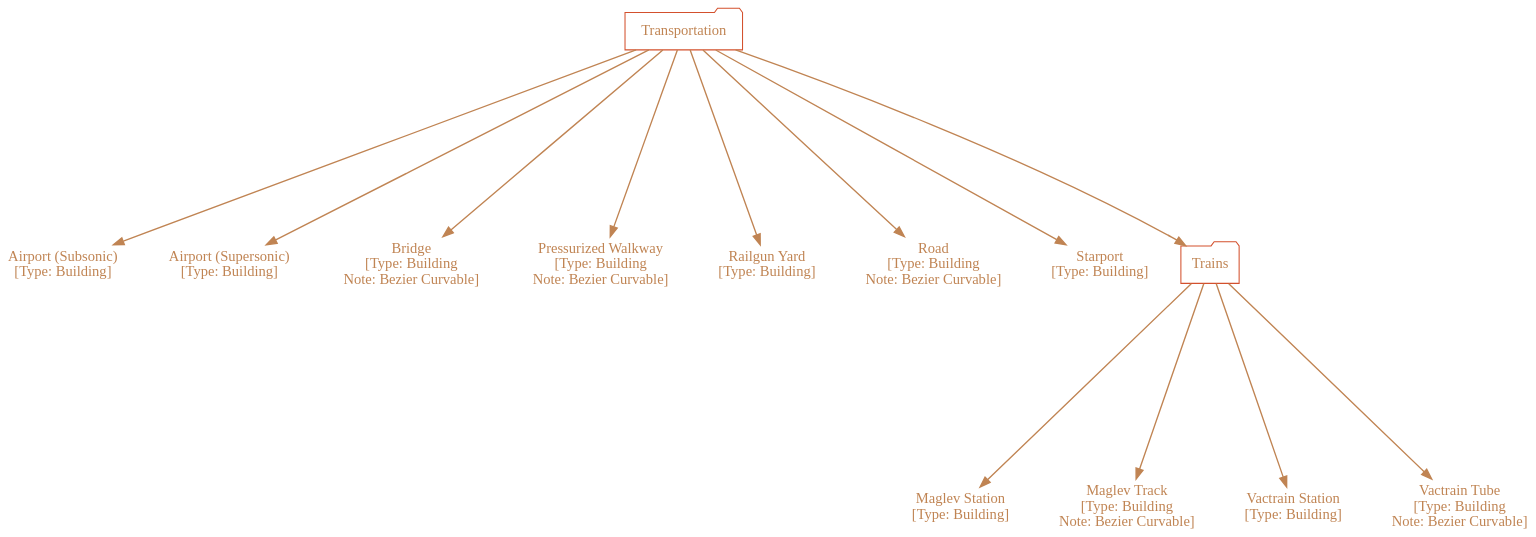
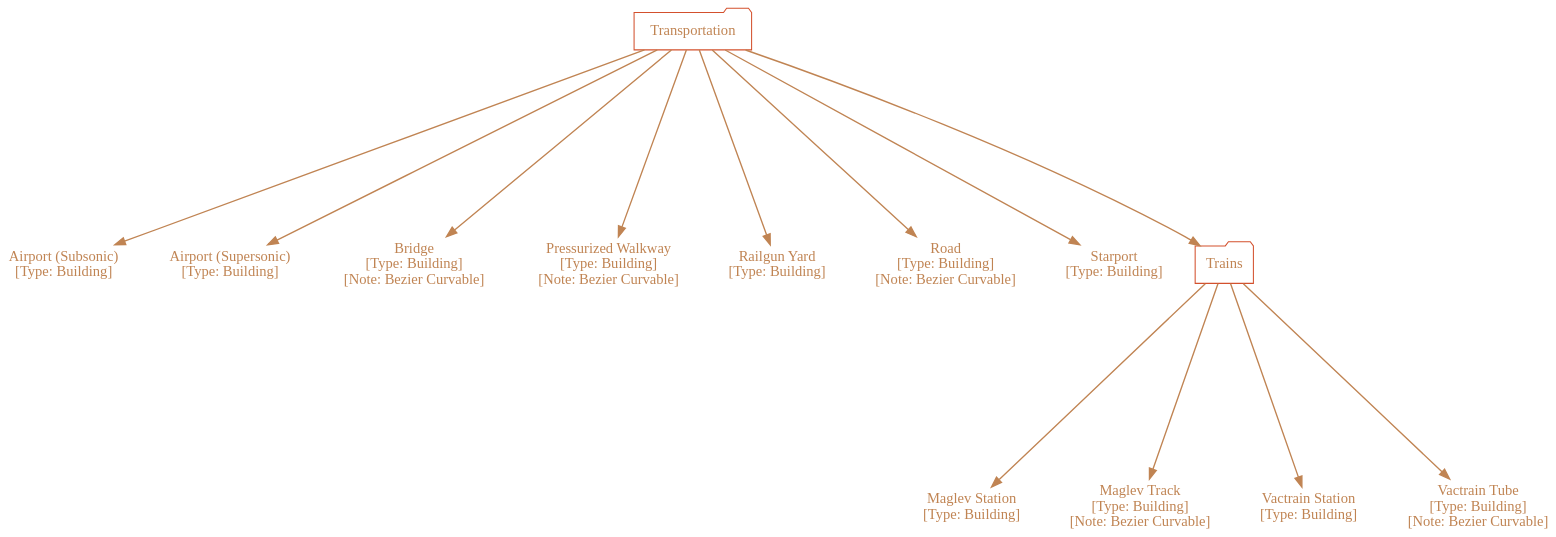
Before and after one commit to cartesiantheatre/handbook: the diagram in Handbook/Game_Mechanics/Graphviz/Units_User_Basic_Transportation.dot.gv, drawn with Graphviz. The commit also changed 16 other files, not shown here.

```diff
--- a/Handbook/Game_Mechanics/Graphviz/Units_User_Basic_Transportation.dot.gv
+++ b/Handbook/Game_Mechanics/Graphviz/Units_User_Basic_Transportation.dot.gv
@@ -1,63 +1,63 @@
 /*
   This is part of the Avaneya Project Crew Handbook.
   Copyright (C) 2010, 2011, 2012
     Cartesian Theatre.
   See the file License for copying conditions.
   
   To manually compile:
       $ sudo aptitude install graphviz
       $ twopi -Tpdf Units_User_Basic_Transportation.twopi.gv -o Units_User_Basic_Transportation.pdf
 */
 
 digraph Units_User_Basic_Transportation
 {
     // Graph attributes...
 	bgcolor="transparent";
 	margin="0";
 	ratio="auto";
     ranksep="2.5";
     pad="0.5,0.5";
     compound="true";
     overlap="vpsc";
     root="Transportation";
 
 	// Node attributes...
 	node[color="#d3502dff"];
 	node[fillcolor="gray10"];
     node[fontcolor="#c08453ff"];
     node[fontname="Ubuntu"];
     node[shape="none"]
 	
 	// Edge attributes...
 	edge[color="#c08453ff"];
 	edge[penwidth="1.3"];
 
     // Units...
     "Airport (Subsonic)"[label="Airport (Subsonic)\n[Type: Building]"];
     "Airport (Supersonic)"[label="Airport (Supersonic)\n[Type: Building]"];
-    "Bridge"[label="Bridge\n[Type: Building\nNote: Bezier Curvable]"];
+    "Bridge"[label="Bridge\n[Type: Building]\n[Note: Bezier Curvable]"];
     "Maglev Station"[label="Maglev Station\n[Type: Building]"];
-    "Maglev Track"[label="Maglev Track\n[Type: Building\nNote: Bezier Curvable]"];
-    "Pressurized Walkway"[label="Pressurized Walkway\n[Type: Building\nNote: Bezier Curvable]"];
+    "Maglev Track"[label="Maglev Track\n[Type: Building]\n[Note: Bezier Curvable]"];
+    "Pressurized Walkway"[label="Pressurized Walkway\n[Type: Building]\n[Note: Bezier Curvable]"];
     "Railgun Yard"[label="Railgun Yard\n[Type: Building]"];
-    "Road"[label="Road\n[Type: Building\nNote: Bezier Curvable]"];
+    "Road"[label="Road\n[Type: Building]\n[Note: Bezier Curvable]"];
     "Starport"[label="Starport\n[Type: Building]"];
     "Vactrain Station"[label="Vactrain Station\n[Type: Building]"];
-    "Vactrain Tube"[label="Vactrain Tube\n[Type: Building\nNote: Bezier Curvable]"];
+    "Vactrain Tube"[label="Vactrain Tube\n[Type: Building]\n[Note: Bezier Curvable]"];
 
     // Categorical relations, but not build dependencies...
     "Transportation"[shape="folder"];
         "Transportation" -> "Airport (Subsonic)";
         "Transportation" -> "Airport (Supersonic)";
         "Transportation" -> "Bridge";
         "Transportation" -> "Pressurized Walkway";
         "Transportation" -> "Railgun Yard";
         "Transportation" -> "Road";
         "Transportation" -> "Starport";
         "Trains"[shape="folder"];
         "Transportation" -> "Trains";
             "Trains" -> "Maglev Station";
             "Trains" -> "Maglev Track";
             "Trains" -> "Vactrain Station";
             "Trains" -> "Vactrain Tube";
 }
```
